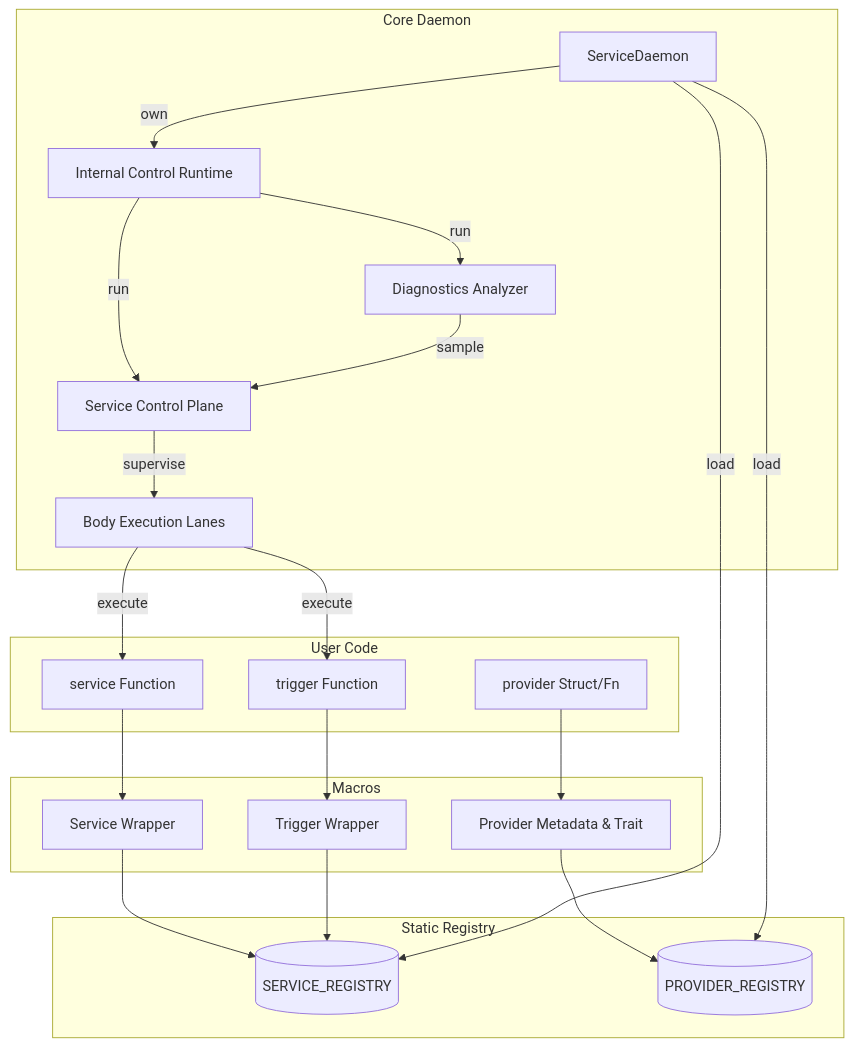
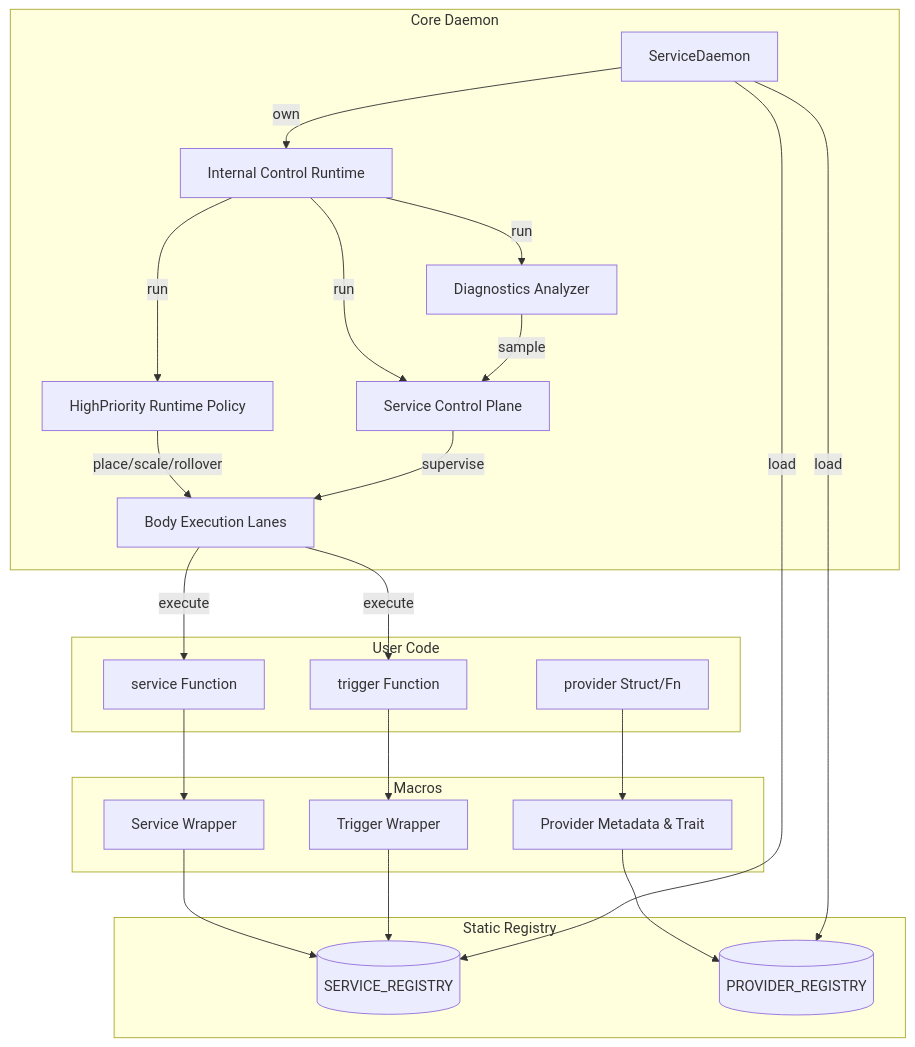
Before and after one commit to loft-games/service-daemon-rs: the first of 2 diagrams in docs/architecture/internal-overview.md, drawn with Mermaid. The commit also changed other lines of this file and 378 other files, not shown here.

````diff
--- a/docs/architecture/internal-overview.md
+++ b/docs/architecture/internal-overview.md
@@ -46,40 +68,43 @@
 ```mermaid
 graph TD
     subgraph User_Code ["User Code"]
         S["service Function"]
         P["provider Struct/Fn"]
         T["trigger Function"]
     end
 
     subgraph Macro_Gen ["Macros"]
         M_S[Service Wrapper]
         M_P[Provider Metadata & Trait]
         M_T[Trigger Wrapper]
     end
 
     subgraph Static_Registry ["Static Registry"]
         SR[("SERVICE_REGISTRY")]
         PR[("PROVIDER_REGISTRY")]
     end
 
     subgraph Core_Daemon ["Core Daemon"]
         SD[ServiceDaemon]
         CR[Internal Control Runtime]
         SCP[Service Control Plane]
         AD[Diagnostics Analyzer]
+        HP[HighPriority Runtime Policy]
         BL[Body Execution Lanes]
     end
 
     S --> M_S --> SR
     P --> M_P --> PR
     T --> M_T --> SR
 
     SD -->|load| SR & PR
     SD -->|own| CR
     CR -->|run| SCP
     CR -->|run| AD
+    CR -->|run| HP
     AD -->|sample| SCP
+    HP -->|place/scale/rollover| BL
     SCP -->|supervise| BL
     BL -->|execute| S
     BL -->|execute| T
 ```
````
